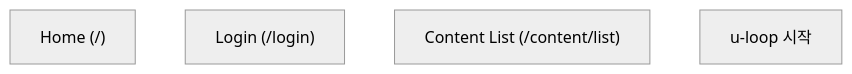
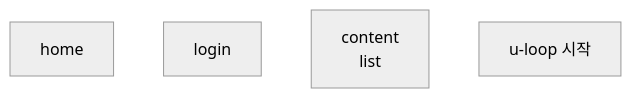
Before and after one commit to upleat-ax/u-maker-plugin: diagram 15 of 16 in references/mermaid-guide.md, drawn with Mermaid (neutral theme). The commit also changed other lines of this file and 9 other files, not shown here.

First line of the commit message:
feat(plugin): enforce safe mermaid labels and QA unit+e2e coverage

````diff
--- a/references/mermaid-guide.md
+++ b/references/mermaid-guide.md
@@ -474,7 +474,7 @@
 ```mermaid
 flowchart TD
-    HOME["Home (/)"]
-    LOGIN["Login (/login)"]
-    CONTENT["Content List (/content/list)"]
+    HOME["home"]
+    LOGIN["login"]
+    CONTENT["content<br/>list"]
     START["u-loop 시작"]
 ```
````
